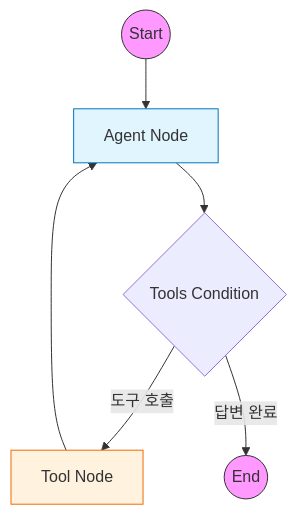
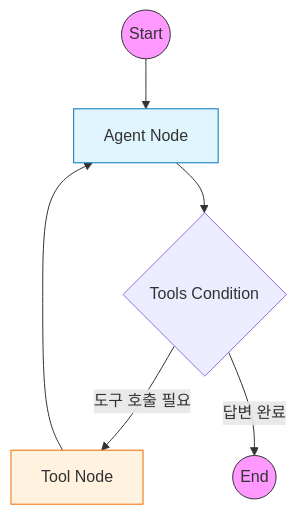
Before and after one commit to Ranponim/rag_agent: the diagram in docs/01_basic_agent.md, drawn with Mermaid. The commit also changed other lines of this file, not shown here.

````diff
--- a/docs/01_basic_agent.md
+++ b/docs/01_basic_agent.md
@@ -68,13 +138,13 @@
 ```mermaid
 graph TD
     START((Start)) --> Agent
     Agent[Agent Node] --> Condition{Tools Condition}
-    Condition -->|도구 호출| Tools[Tool Node]
+    Condition -->|도구 호출 필요| Tools[Tool Node]
     Condition -->|답변 완료| END((End))
     Tools --> Agent
 
     style START fill:#f9f,stroke:#333
     style END fill:#f9f,stroke:#333
     style Agent fill:#e1f5fe,stroke:#0277bd
     style Tools fill:#fff3e0,stroke:#ef6c00
 ```
````
